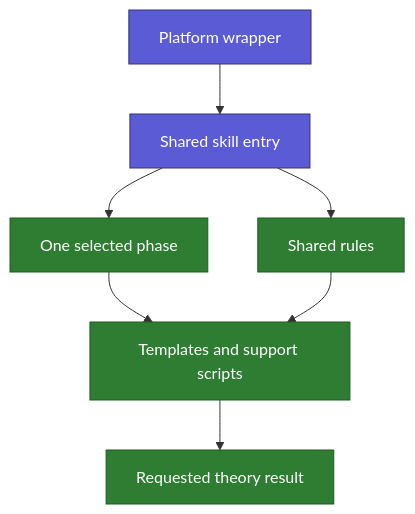
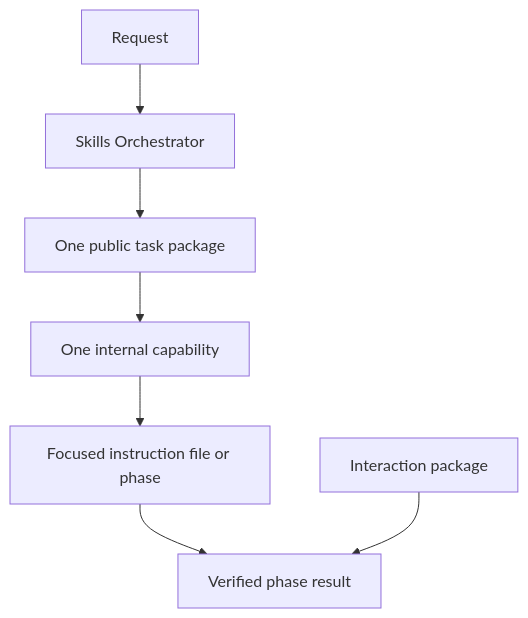
The first of 2 diagrams in docs/human/09_SKILL_ANATOMY.md (geekybobz/skills_ai), drawn with Mermaid before and after one commit. The commit also changed other lines of this file and 30 other files, not shown here.

````diff
--- a/docs/human/09_SKILL_ANATOMY.md
+++ b/docs/human/09_SKILL_ANATOMY.md
@@ -59,14 +15,9 @@
 ```mermaid
 flowchart TD
-    W["Platform wrapper"] --> E["Shared skill entry"]
-    E --> P["One selected phase"]
-    E --> R["Shared rules"]
-    P --> T["Templates and support scripts"]
-    R --> T
-    T --> O["Requested theory result"]
-
-    classDef entry fill:#5B5BD6,color:#fff,stroke:#32327A
-    classDef source fill:#2E7D32,color:#fff,stroke:#1B5E20
-    class W,E entry
-    class P,R,T,O source
+    Q["Request"] --> S["Skills Orchestrator"]
+    S --> P["One public task package"]
+    P --> C["One internal capability"]
+    C --> F["Focused instruction file or phase"]
+    F --> O["Verified phase result"]
+    I["Interaction package"] --> O
 ```
````
